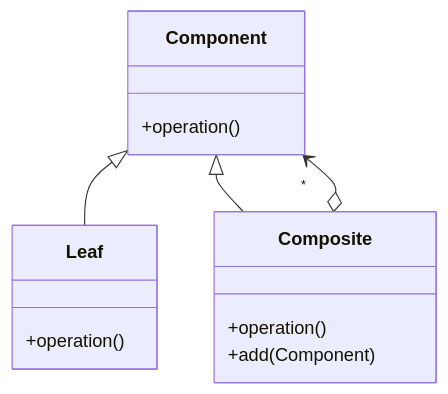
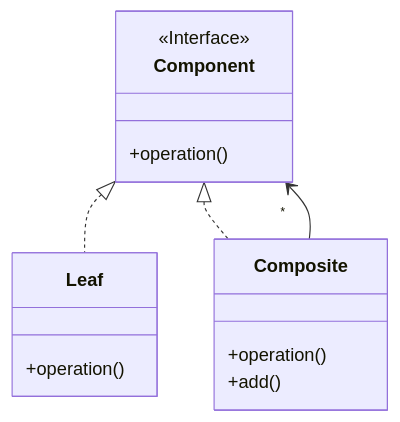
Before and after one commit to MohamedLargoYagoubi/Design-Patterns: the diagram in patterns/composite/README.md, drawn with Mermaid. The commit also changed other lines of this file, not shown here.

Commit message:
🌲 Composite (TODO)

````diff
--- a/patterns/composite/README.md
+++ b/patterns/composite/README.md
@@ -19,24 +19,25 @@
 ```mermaid
 classDiagram
 
 
 class Component{
+    <<Interface>> 
     +operation()
 }
 
 class Leaf{
     +operation()
 }
 
 class Composite{
     +operation()
-    +add(Component)
+    +add()
 }
 
-Component <|-- Leaf
-Component <|-- Composite
+Component <|.. Leaf
+Component <|.. Composite
 
-Composite o--> "*" Component
+Composite --> "*" Component
 
 
 ```
````
